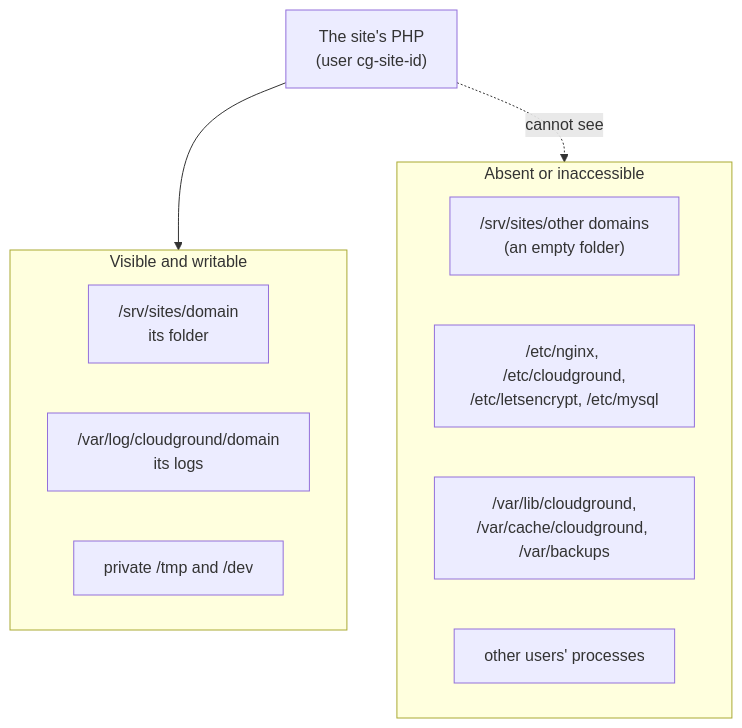
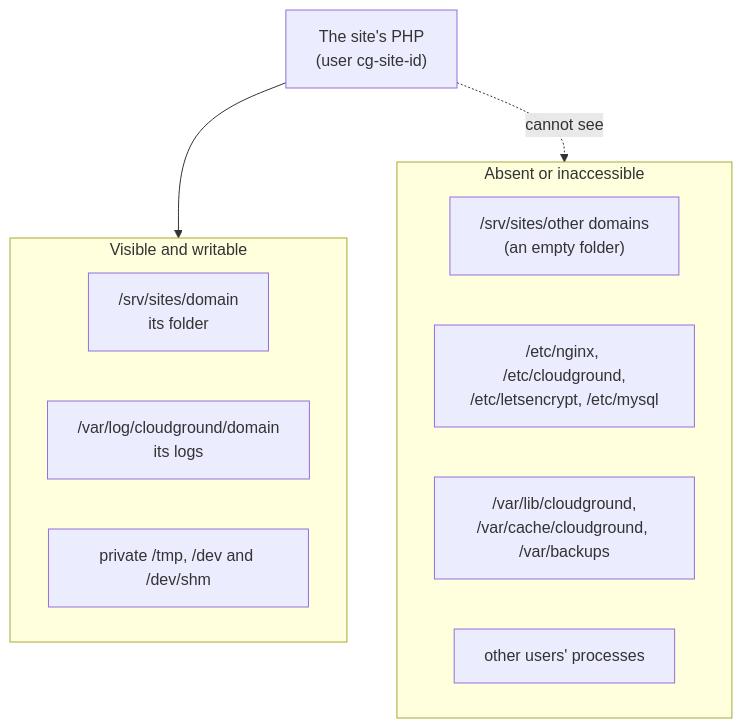
One commit to cloudground-it/cloudground-docs changed the diagram in i18n/en/docusaurus-plugin-content-docs/current/explanation/site-isolation.mdx. Above: the diagram before and after it, drawn with Mermaid. The commit also changed other lines of this file and 5 other files, not shown here.

````diff
--- a/i18n/en/docusaurus-plugin-content-docs/current/explanation/site-isolation.mdx
+++ b/i18n/en/docusaurus-plugin-content-docs/current/explanation/site-isolation.mdx
@@ -41,17 +41,17 @@
 ```mermaid
 flowchart TB
     php["The site's PHP<br/>(user cg-site-id)"]
     subgraph visible["Visible and writable"]
         tree["/srv/sites/domain<br/>its folder"]
         logs["/var/log/cloudground/domain<br/>its logs"]
-        tmp["private /tmp and /dev"]
+        tmp["private /tmp, /dev and /dev/shm"]
     end
     subgraph hidden["Absent or inaccessible"]
         others["/srv/sites/other domains<br/>(an empty folder)"]
         conf["/etc/nginx, /etc/cloudground,<br/>/etc/letsencrypt, /etc/mysql"]
         state["/var/lib/cloudground,<br/>/var/cache/cloudground, /var/backups"]
         procs["other users' processes"]
     end
     php --> visible
     php -.->|cannot see| hidden
 ```
````
